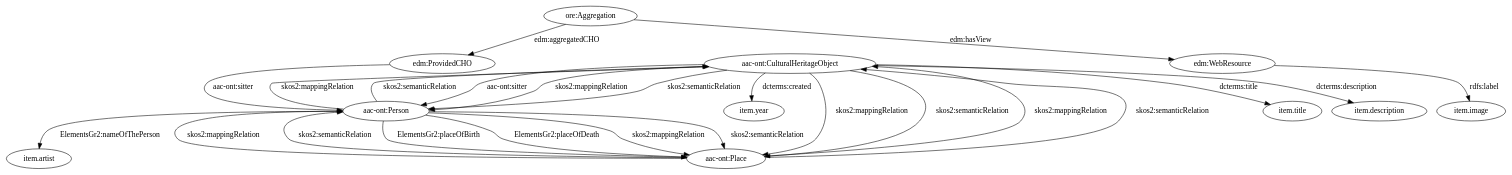
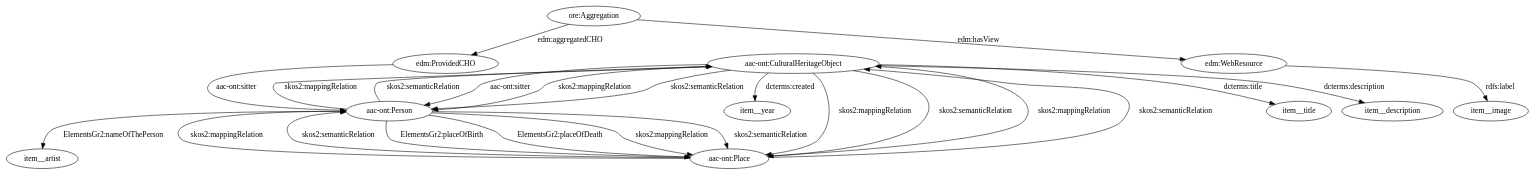
Before and after one commit to giuseppefutia/semi: the diagram in data/taheriyan2016/task_03/semantic_models/plausibles/dot/s16-s-hammer.dot, drawn with Graphviz. The commit also changed 91 other files, not shown here.

```diff
--- a/data/taheriyan2016/task_03/semantic_models/plausibles/dot/s16-s-hammer.dot
+++ b/data/taheriyan2016/task_03/semantic_models/plausibles/dot/s16-s-hammer.dot
@@ -1,36 +1,36 @@
 digraph {
-  "item.title" [type=attribute_name,label="item.title"]
+  item__title [type=attribute_name,label=item__title]
   "aac-ont:CulturalHeritageObject1" [type=class_uri,label="aac-ont:CulturalHeritageObject"]
-  "item.description" [type=attribute_name,label="item.description"]
-  "item.image" [type=attribute_name,label="item.image"]
+  item__description [type=attribute_name,label=item__description]
+  item__image [type=attribute_name,label=item__image]
   "edm:WebResource1" [type=class_uri,label="edm:WebResource"]
-  "item.artist" [type=attribute_name,label="item.artist"]
+  item__artist [type=attribute_name,label=item__artist]
   "aac-ont:Person1" [type=class_uri,label="aac-ont:Person"]
-  "item.year" [type=attribute_name,label="item.year"]
+  item__year [type=attribute_name,label=item__year]
   "ore:Aggregation" [type=class_uri,label="ore:Aggregation"]
   "aac-ont:Place" [type=class_uri,label="aac-ont:Place"]
   "edm:ProvidedCHO" [type=class_uri,label="edm:ProvidedCHO"]
-  "aac-ont:CulturalHeritageObject1" -> "item.title" [label="dcterms:title",type=st_property_uri]
-  "aac-ont:CulturalHeritageObject1" -> "item.description" [label="dcterms:description",type=st_property_uri]
-  "edm:WebResource1" -> "item.image" [label="rdfs:label",type=st_property_uri]
-  "aac-ont:Person1" -> "item.artist" [label="ElementsGr2:nameOfThePerson",type=st_property_uri]
-  "aac-ont:CulturalHeritageObject1" -> "item.year" [label="dcterms:created",type=st_property_uri]
+  "aac-ont:CulturalHeritageObject1" -> item__title [label="dcterms:title",type=st_property_uri]
+  "aac-ont:CulturalHeritageObject1" -> item__description [label="dcterms:description",type=st_property_uri]
+  "edm:WebResource1" -> item__image [label="rdfs:label",type=st_property_uri]
+  "aac-ont:Person1" -> item__artist [label="ElementsGr2:nameOfThePerson",type=st_property_uri]
+  "aac-ont:CulturalHeritageObject1" -> item__year [label="dcterms:created",type=st_property_uri]
   "aac-ont:CulturalHeritageObject1" -> "aac-ont:Person1" [label="aac-ont:sitter",type=direct_property_uri,weight=1]
   "ore:Aggregation" -> "edm:WebResource1" [label="edm:hasView",type=direct_property_uri,weight=1]
   "aac-ont:Person1" -> "aac-ont:Place" [label="ElementsGr2:placeOfBirth",type=direct_property_uri,weight=1]
   "aac-ont:Person1" -> "aac-ont:Place" [label="ElementsGr2:placeOfDeath",type=direct_property_uri,weight=1]
   "edm:ProvidedCHO" -> "aac-ont:Person1" [label="aac-ont:sitter",type=direct_property_uri,weight=1]
   "ore:Aggregation" -> "edm:ProvidedCHO" [label="edm:aggregatedCHO",type=direct_property_uri,weight=1]
   "aac-ont:CulturalHeritageObject1" -> "aac-ont:Person1" [label="skos2:mappingRelation",type=inherited,weight=4]
   "aac-ont:CulturalHeritageObject1" -> "aac-ont:Person1" [label="skos2:semanticRelation",type=inherited,weight=4]
   "aac-ont:CulturalHeritageObject1" -> "aac-ont:Place" [label="skos2:mappingRelation",type=inherited,weight=4]
   "aac-ont:CulturalHeritageObject1" -> "aac-ont:Place" [label="skos2:semanticRelation",type=inherited,weight=4]
   "aac-ont:Person1" -> "aac-ont:CulturalHeritageObject1" [label="skos2:mappingRelation",type=inherited,weight=4]
   "aac-ont:Person1" -> "aac-ont:CulturalHeritageObject1" [label="skos2:semanticRelation",type=inherited,weight=4]
   "aac-ont:Person1" -> "aac-ont:Place" [label="skos2:mappingRelation",type=inherited,weight=4]
   "aac-ont:Person1" -> "aac-ont:Place" [label="skos2:semanticRelation",type=inherited,weight=4]
   "aac-ont:Place" -> "aac-ont:CulturalHeritageObject1" [label="skos2:mappingRelation",type=inherited,weight=4]
   "aac-ont:Place" -> "aac-ont:CulturalHeritageObject1" [label="skos2:semanticRelation",type=inherited,weight=4]
   "aac-ont:Place" -> "aac-ont:Person1" [label="skos2:mappingRelation",type=inherited,weight=4]
   "aac-ont:Place" -> "aac-ont:Person1" [label="skos2:semanticRelation",type=inherited,weight=4]
 }
```
